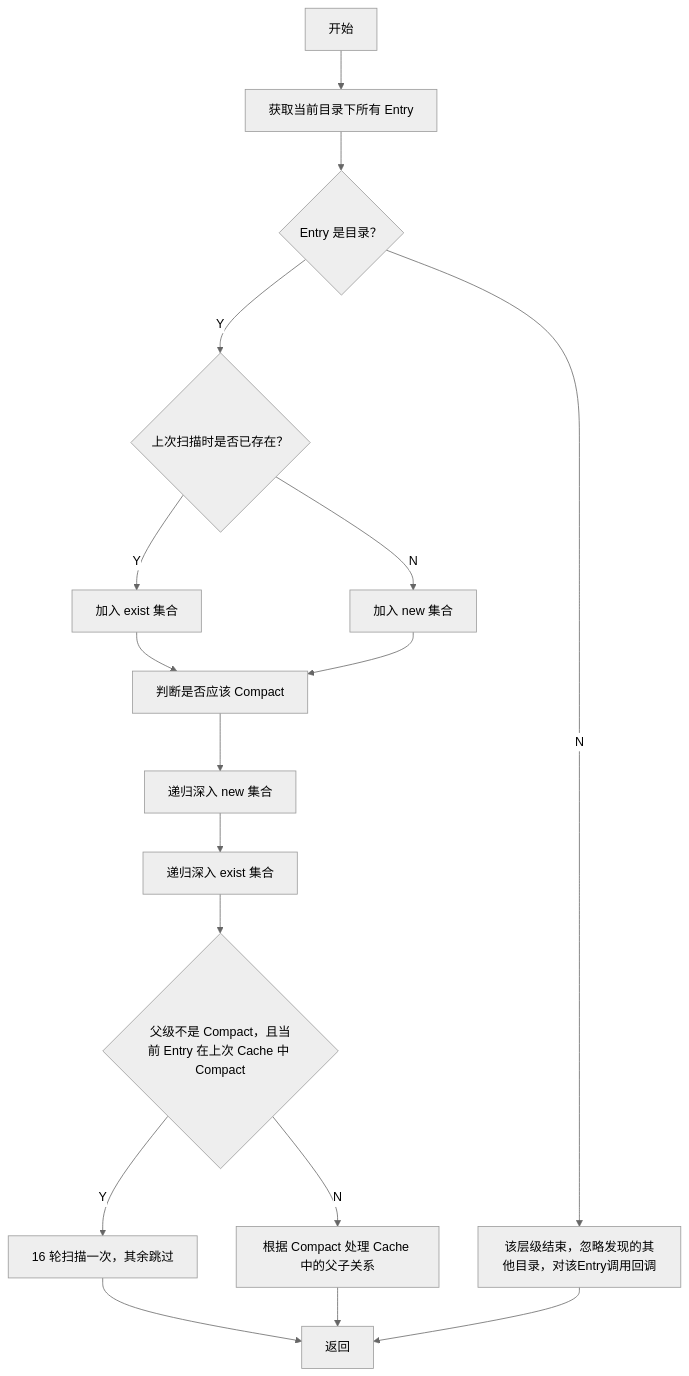
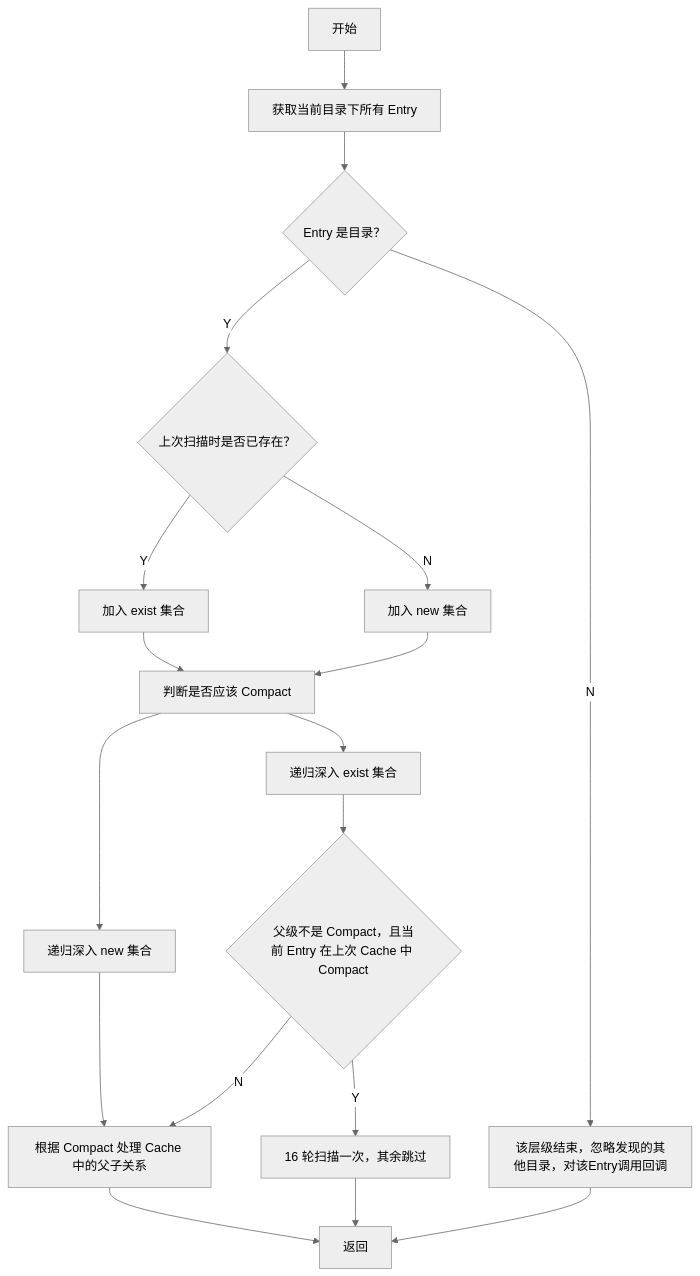
The sixth of 6 diagrams in docs/blog/posts/2025/minio-scanner.md (YzmjY/YzmjY.github.io), drawn with Mermaid (neutral theme) before and after one commit. The commit also changed other lines of this file, not shown here.

Commit message:
20250804-2

````diff
--- a/docs/blog/posts/2025/minio-scanner.md
+++ b/docs/blog/posts/2025/minio-scanner.md
@@ -184,19 +184,21 @@
 ```mermaid
 graph TD
   A[开始] --> B[获取当前目录下所有 Entry];
   B --> C{Entry 是目录？};
   C --Y--> D{上次扫描时是否已存在？};
   D --Y--> E[加入 exist 集合];
   D --N--> F[加入 new 集合];
   C --N--> G[该层级结束，忽略发现的其他目录，对该Entry调用回调];
   E --> H[判断是否应该 Compact];
   F --> H;
   H --> I[递归深入 new 集合];
-  I --> J[递归深入 exist 集合];
+  H --> J[递归深入 exist 集合];
   J --> M{父级不是 Compact，且当前 Entry 在上次 Cache 中 Compact};
-  M --Y--> N[16 轮扫描一次，其余跳过]; 
+
   M --N--> K[根据 Compact 处理 Cache 中的父子关系];
+  M --Y--> N[16 轮扫描一次，其余跳过];  
+  I-->K;
   K --> L[返回];
   G --> L[返回];
   N --> L[返回];
 ```
````
